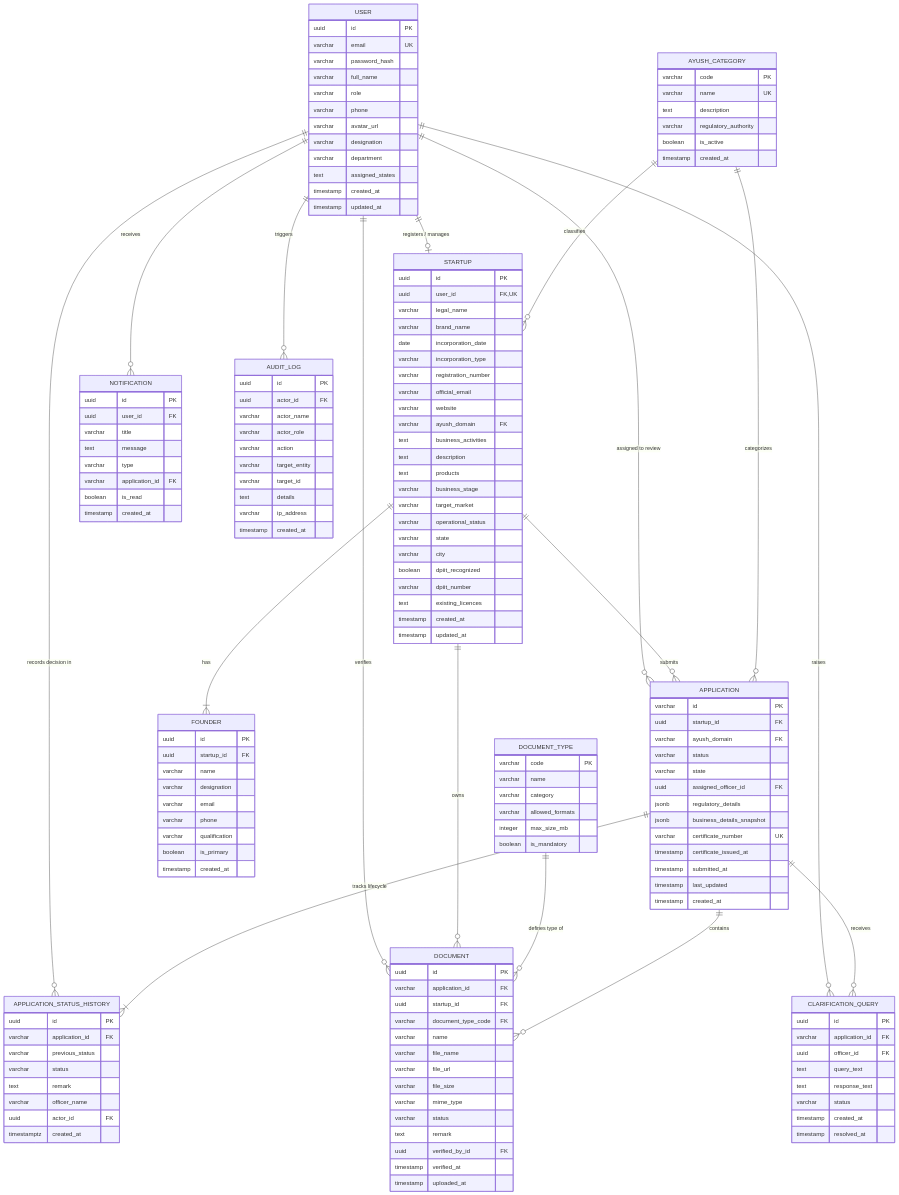
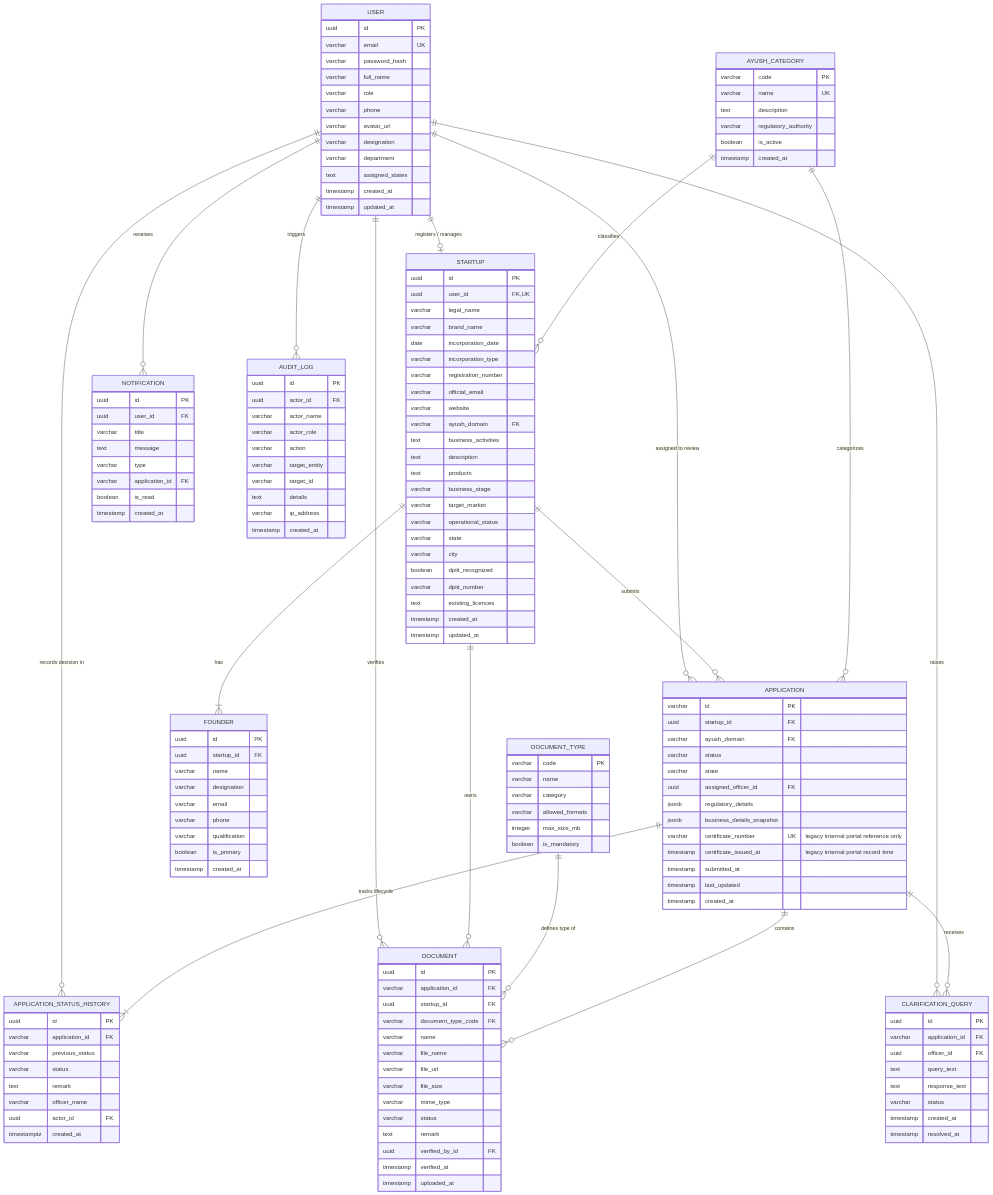
The diagram in docs/ER-diagram.md (Prakhar-Jaiswal17/AYUSH-Startup-Registration-Portal), drawn with Mermaid before and after one commit. The commit also changed other lines of this file and 17 other files, not shown here.

Commit message:
feat(frontend): prepare API client and clean up application flow

```diff
--- a/docs/ER-diagram.md
+++ b/docs/ER-diagram.md
@@ -116,8 +116,8 @@
         uuid assigned_officer_id FK
         jsonb regulatory_details
         jsonb business_details_snapshot
-        varchar certificate_number UK
-        timestamp certificate_issued_at
+        varchar certificate_number UK "legacy internal portal reference only"
+        timestamp certificate_issued_at "legacy internal portal record time"
         timestamp submitted_at
         timestamp last_updated
         timestamp created_at
```
